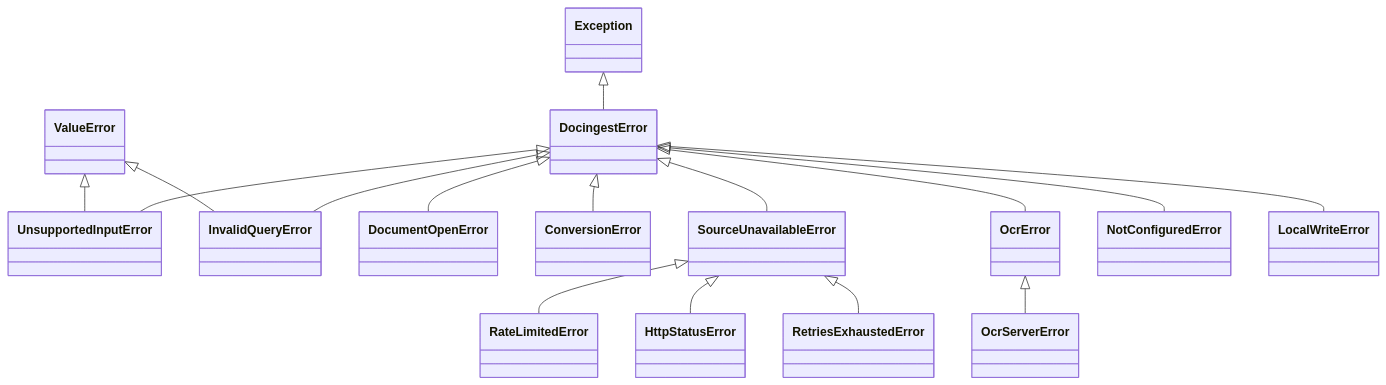
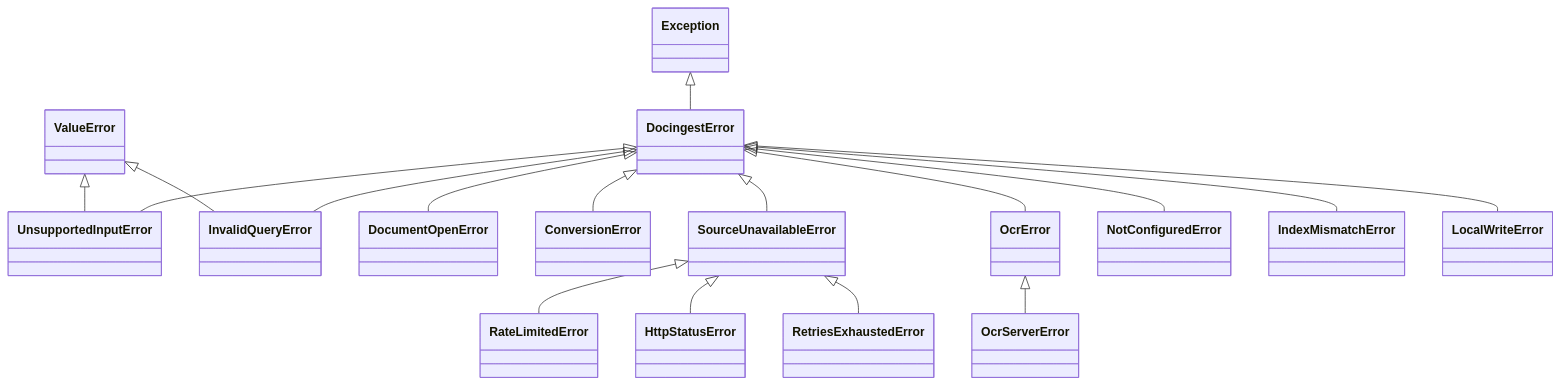
One commit to etxsA/doc-ingest changed diagram 14 of 18 in packages/docingest/docs/architecture.md. Above: the diagram before and after it, drawn with Mermaid. The commit also changed other lines of this file and 6 other files, not shown here.

First line of the commit message:
feat(cli): docingest index build, status and remove

````diff
--- a/packages/docingest/docs/architecture.md
+++ b/packages/docingest/docs/architecture.md
@@ -988,18 +990,19 @@
 ```mermaid
 classDiagram
     Exception <|-- DocingestError
     DocingestError <|-- UnsupportedInputError
     ValueError <|-- UnsupportedInputError
     DocingestError <|-- InvalidQueryError
     ValueError <|-- InvalidQueryError
     DocingestError <|-- DocumentOpenError
     DocingestError <|-- ConversionError
     DocingestError <|-- SourceUnavailableError
     DocingestError <|-- OcrError
     DocingestError <|-- NotConfiguredError
+    DocingestError <|-- IndexMismatchError
     SourceUnavailableError <|-- RateLimitedError
     SourceUnavailableError <|-- HttpStatusError
     SourceUnavailableError <|-- RetriesExhaustedError
     DocingestError <|-- LocalWriteError
     OcrError <|-- OcrServerError
 ```
````
